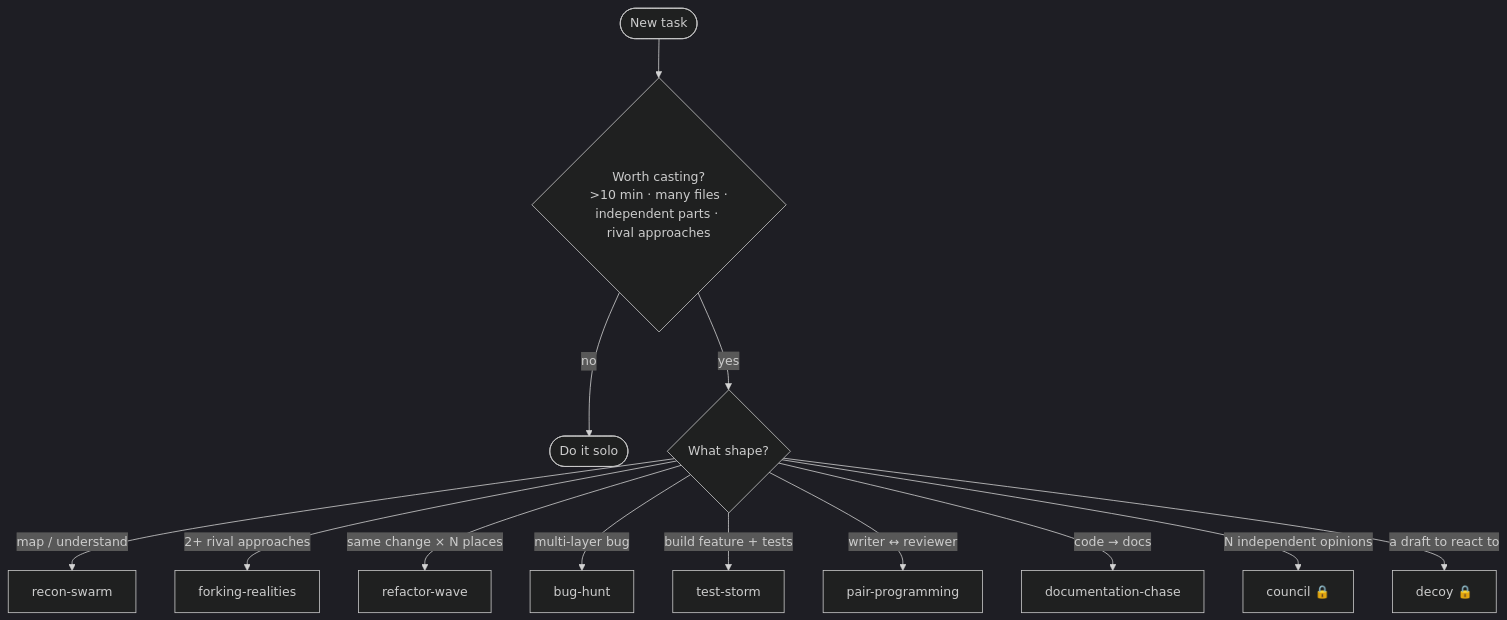
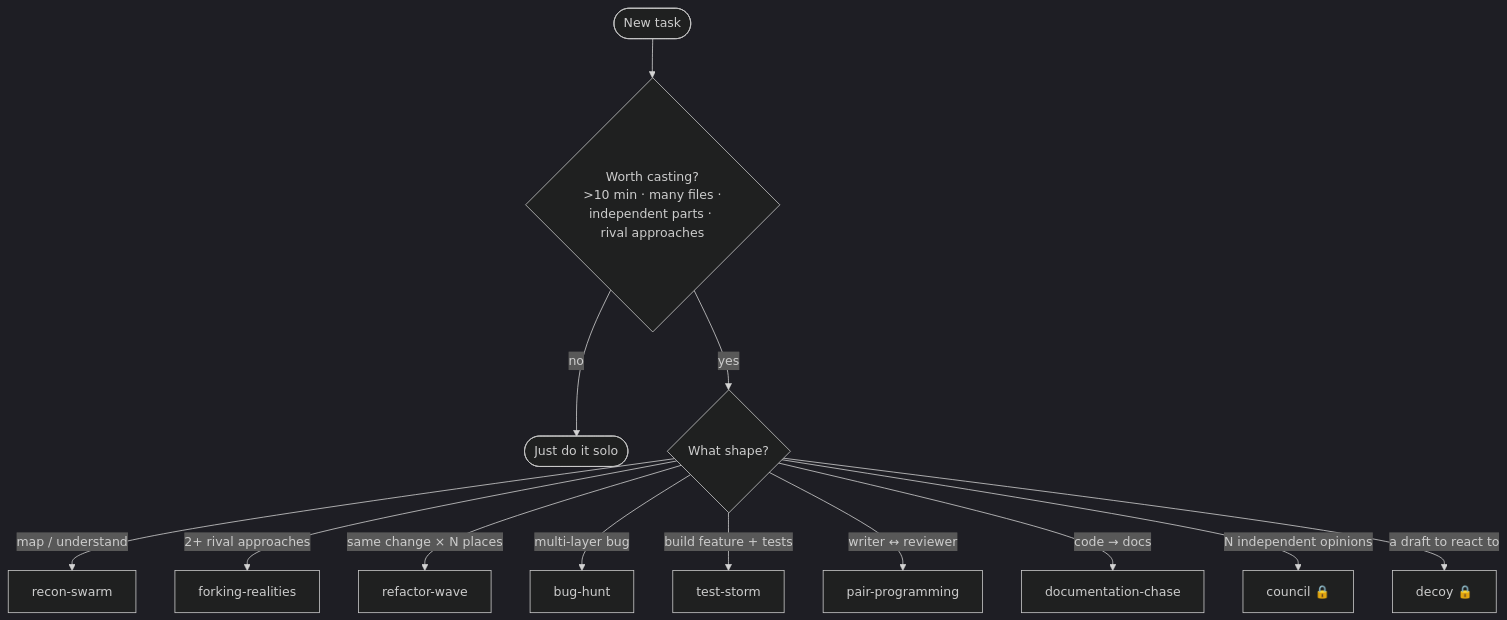
One commit to tr00x/Manta changed the third of 3 diagrams in README.md. Above: the diagram before and after it, drawn with Mermaid (dark theme). The commit also changed other lines of this file and 5 other files, not shown here.

````diff
--- a/README.md
+++ b/README.md
@@ -205,15 +212,15 @@
 ```mermaid
 flowchart TD
     T([New task]) --> Q{Worth casting?<br/>&gt;10 min · many files ·<br/>independent parts · rival approaches}
-    Q -->|no| S([Do it solo])
+    Q -->|no| S([Just do it solo])
     Q -->|yes| K{What shape?}
     K -->|map / understand| R[recon-swarm]
     K -->|2+ rival approaches| F[forking-realities]
     K -->|same change × N places| RW[refactor-wave]
     K -->|multi-layer bug| BH[bug-hunt]
     K -->|build feature + tests| TS[test-storm]
     K -->|writer ↔ reviewer| PP[pair-programming]
     K -->|code → docs| DC[documentation-chase]
     K -->|N independent opinions| CO["council 🔒"]
     K -->|a draft to react to| DE["decoy 🔒"]
 ```
````
